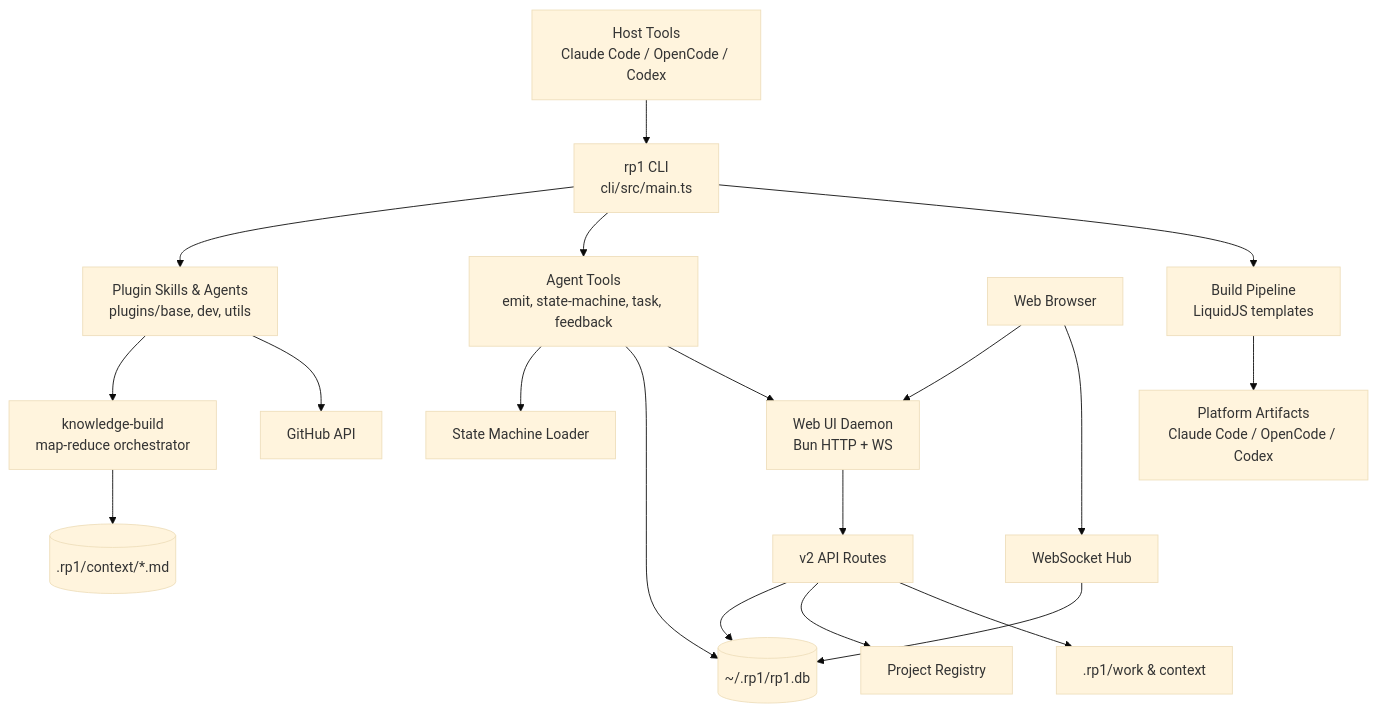
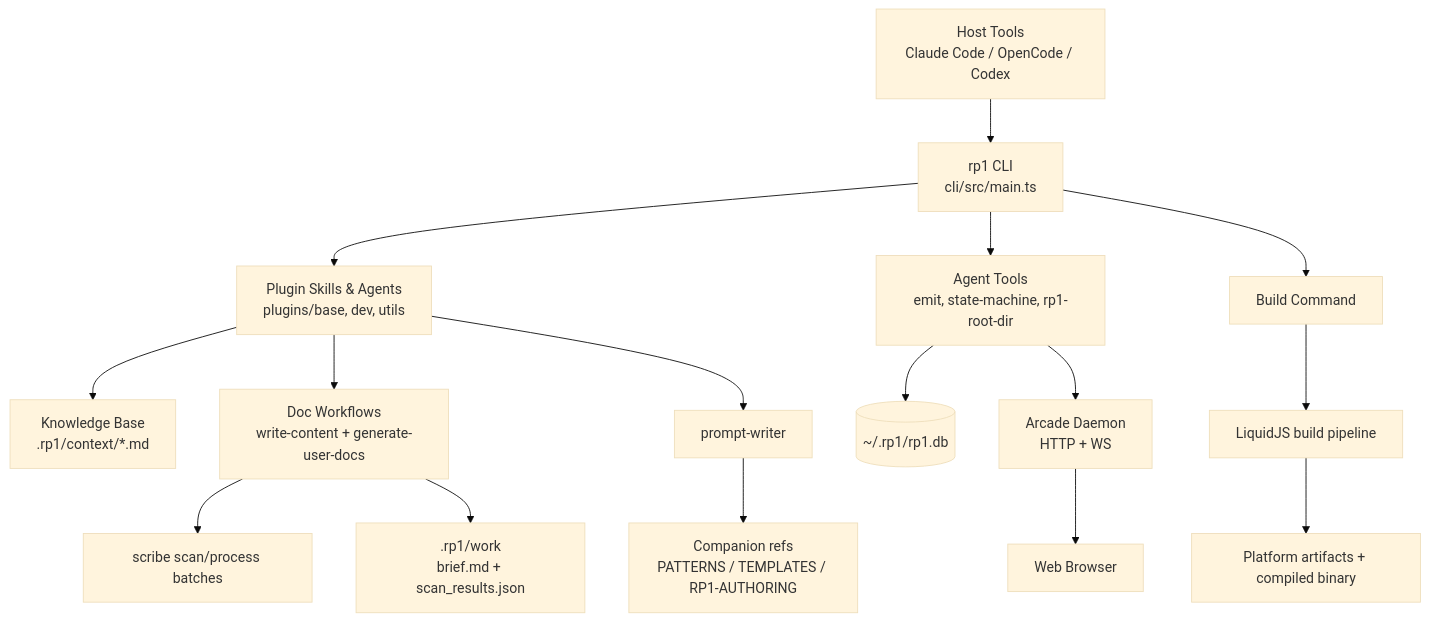
Before and after one commit to rp1-run/rp1: the diagram in .rp1/context/architecture.md, drawn with Mermaid (base theme). The commit also changed other lines of this file and 109 other files, not shown here.

````diff
--- a/.rp1/context/architecture.md
+++ b/.rp1/context/architecture.md
@@ -9,21 +9,18 @@
 ```mermaid
 flowchart TB
-    Host["Host Tools\nClaude Code / OpenCode / Codex"] --> CLI["rp1 CLI\ncli/src/main.ts"]
-    CLI --> Skills["Plugin Skills & Agents\nplugins/base, dev, utils"]
-    CLI --> Tools["Agent Tools\nemit, state-machine, task, feedback"]
-    Skills --> KBBuild["knowledge-build\nmap-reduce orchestrator"]
-    KBBuild --> KBFiles[(".rp1/context/*.md")]
-    Tools --> SM["State Machine Loader"]
-    Tools --> EmitDB[("~/.rp1/rp1.db")]
-    Tools --> Daemon["Web UI Daemon\nBun HTTP + WS"]
-    Daemon --> API["v2 API Routes"]
-    API --> EmitDB
-    API --> Registry["Project Registry"]
-    API --> Workspace[".rp1/work & context"]
-    Browser["Web Browser"] --> Daemon
-    Browser --> WS["WebSocket Hub"]
-    WS --> EmitDB
-    Skills --> GitHub["GitHub API"]
-    CLI --> BuildPipeline["Build Pipeline\nLiquidJS templates"]
-    BuildPipeline --> Platforms["Platform Artifacts\nClaude Code / OpenCode / Codex"]
+    Host["Host Tools<br/>Claude Code / OpenCode / Codex"] --> CLI["rp1 CLI<br/>cli/src/main.ts"]
+    CLI --> Skills["Plugin Skills & Agents<br/>plugins/base, dev, utils"]
+    CLI --> AgentTools["Agent Tools<br/>emit, state-machine, rp1-root-dir"]
+    CLI --> Build["Build Command"]
+    AgentTools --> EventDB[("~/.rp1/rp1.db")]
+    AgentTools --> Daemon["Arcade Daemon<br/>HTTP + WS"]
+    Daemon --> Browser["Web Browser"]
+    Skills --> KB["Knowledge Base<br/>.rp1/context/*.md"]
+    Skills --> DocFlows["Doc Workflows<br/>write-content + generate-user-docs"]
+    DocFlows --> Scribe["scribe scan/process batches"]
+    DocFlows --> Work[".rp1/work<br/>brief.md + scan_results.json"]
+    Skills --> PromptWriter["prompt-writer"]
+    PromptWriter --> Refs["Companion refs<br/>PATTERNS / TEMPLATES / RP1-AUTHORING"]
+    Build --> Pipeline["LiquidJS build pipeline"]
+    Pipeline --> Artifacts["Platform artifacts + compiled binary"]
 ```
````
